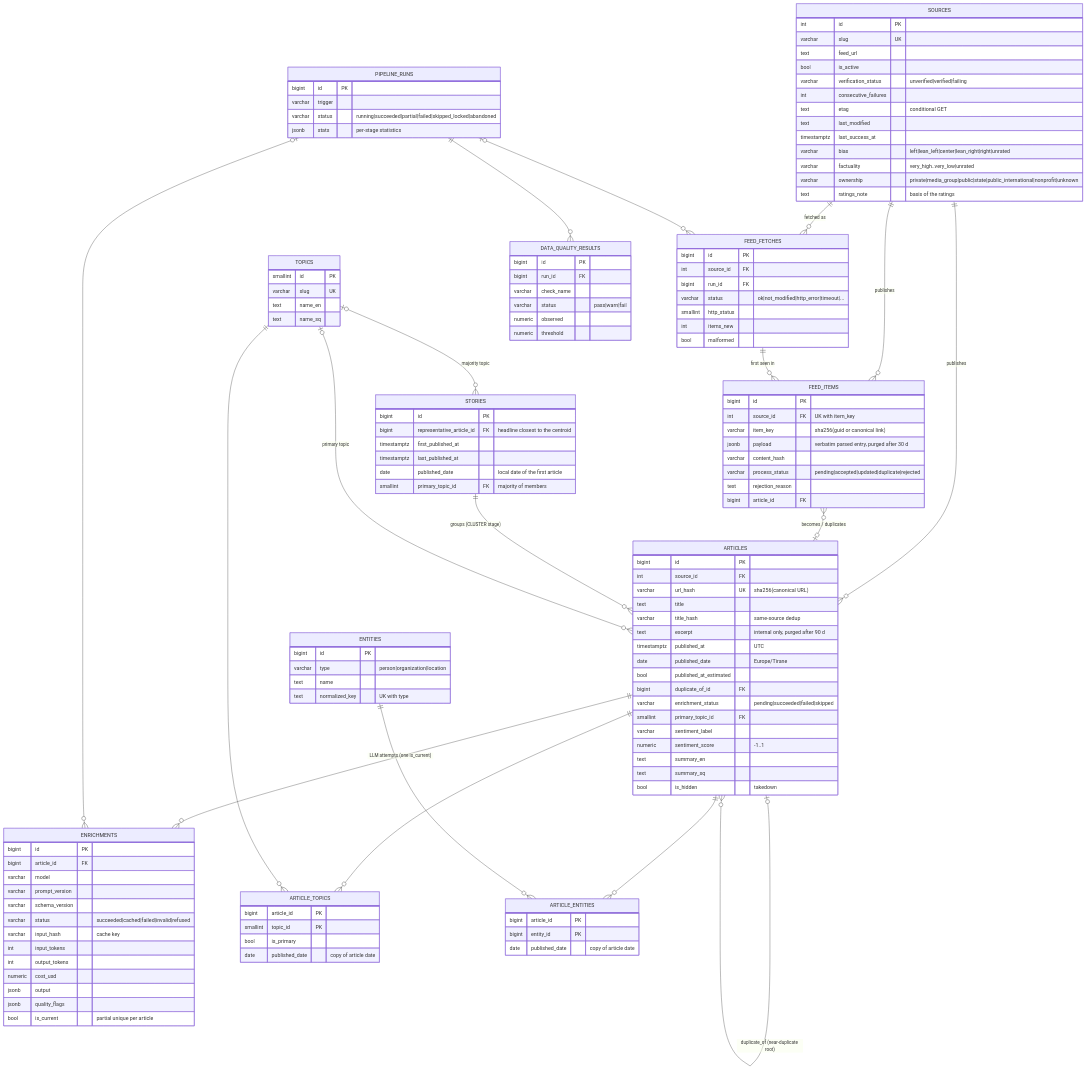
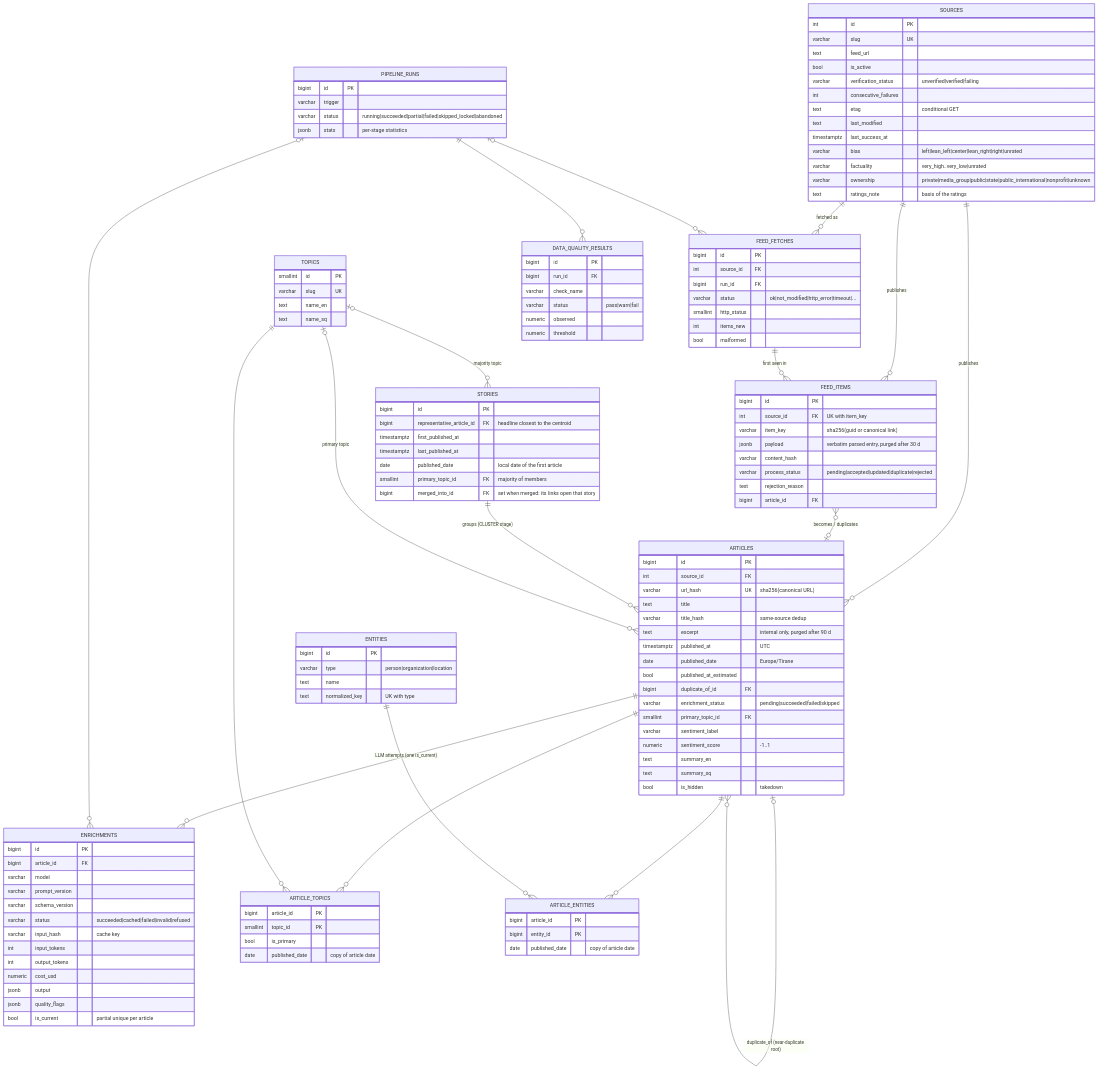
The diagram in docs/DATA_MODEL.md (FlorentLatifi/Gjurm-), drawn with Mermaid before and after one commit. The commit also changed other lines of this file and 14 other files, not shown here.

```diff
--- a/docs/DATA_MODEL.md
+++ b/docs/DATA_MODEL.md
@@ -54,6 +54,7 @@
         timestamptz last_published_at
         date published_date "local date of the first article"
         smallint primary_topic_id FK "majority of members"
+        bigint merged_into_id FK "set when merged: its links open that story"
     }
     FEED_FETCHES {
         bigint id PK
```
